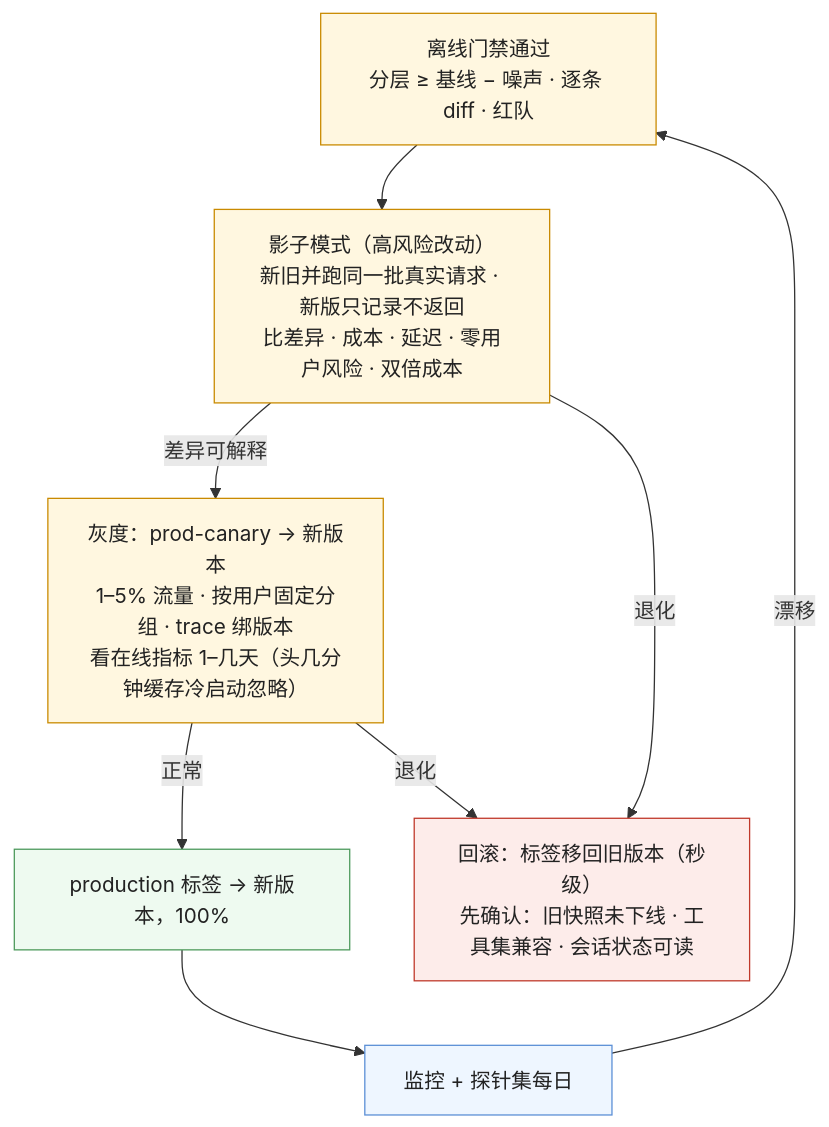
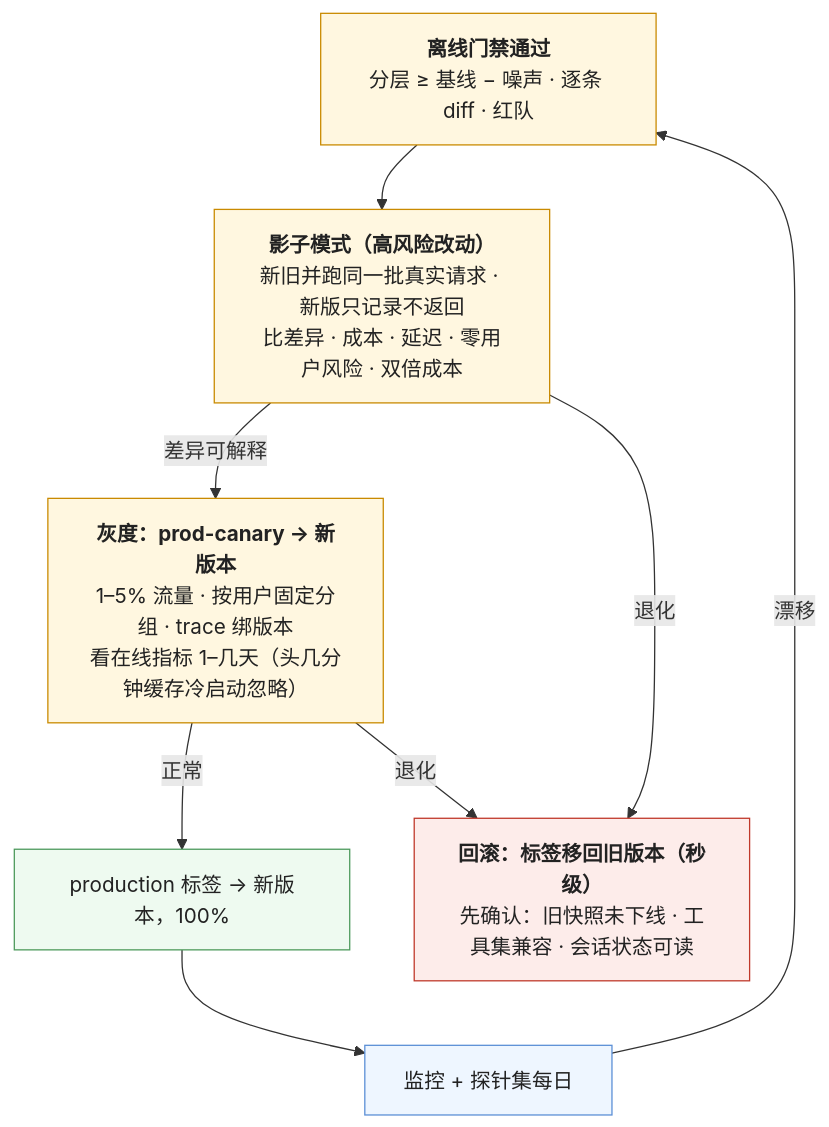
The fourth of 5 diagrams in _posts/2026-11-03-regression-gates-silent-model-updates-ab-and-online-evaluation.md (arganzheng/arganzheng.github.com), drawn with Mermaid before and after one commit. The commit also changed other lines of this file and 7 other files, not shown here.

First line of the commit message:
评测、可观测与可追溯：怎么知道改了之后更好了：Mermaid 多行方框的首行标为标题（8 篇）

````diff
--- a/_posts/2026-11-03-regression-gates-silent-model-updates-ab-and-online-evaluation.md
+++ b/_posts/2026-11-03-regression-gates-silent-model-updates-ab-and-online-evaluation.md
@@ -135,19 +135,19 @@
 ```mermaid
 %% 图：一次高风险改动的发布路径——离线门禁过了 → 影子模式：新旧版本并行处理同一批真实请求、新版本只记录不返回、比较差异与成本（零用户风险，双倍推理成本）→ 灰度：prod-canary 标签指新版本、1–5% 流量、trace 绑版本、看在线指标一到几天（忽略头几分钟的缓存冷启动）→ 全量；任一阶段退化就把标签移回旧版本，回滚前确认旧快照还在
 flowchart TB
-    G["离线门禁通过<br/>分层 ≥ 基线 − 噪声 · 逐条 diff · 红队"] --> SH["影子模式（高风险改动）<br/>新旧并跑同一批真实请求 · 新版只记录不返回<br/>比差异 · 成本 · 延迟 · 零用户风险 · 双倍成本"]
-    SH -->|"差异可解释"| CN["灰度：prod-canary → 新版本<br/>1–5% 流量 · 按用户固定分组 · trace 绑版本<br/>看在线指标 1–几天（头几分钟缓存冷启动忽略）"]
+    G["<b>离线门禁通过</b><br/>分层 ≥ 基线 − 噪声 · 逐条 diff · 红队"] --> SH["<b>影子模式（高风险改动）</b><br/>新旧并跑同一批真实请求 · 新版只记录不返回<br/>比差异 · 成本 · 延迟 · 零用户风险 · 双倍成本"]
+    SH -->|"差异可解释"| CN["<b>灰度：prod-canary → 新版本</b><br/>1–5% 流量 · 按用户固定分组 · trace 绑版本<br/>看在线指标 1–几天（头几分钟缓存冷启动忽略）"]
     CN -->|"正常"| PROD["production 标签 → 新版本，100%"]
-    SH -->|"退化"| RB["回滚：标签移回旧版本（秒级）<br/>先确认：旧快照未下线 · 工具集兼容 · 会话状态可读"]
+    SH -->|"退化"| RB["<b>回滚：标签移回旧版本（秒级）</b><br/>先确认：旧快照未下线 · 工具集兼容 · 会话状态可读"]
     CN -->|"退化"| RB
     PROD --> MON["监控 + 探针集每日"]
     MON -->|"漂移"| G
     classDef step fill:#fff7e0,stroke:#c98a00,color:#222
     classDef ok fill:#eefaf0,stroke:#4d9a5c,color:#222
     classDef bad fill:#fdecea,stroke:#c0392b,color:#222
     classDef n fill:#eef6ff,stroke:#5b8fd6,color:#222
     class G,SH,CN step
     class PROD ok
     class RB bad
     class MON n
 ```
````
